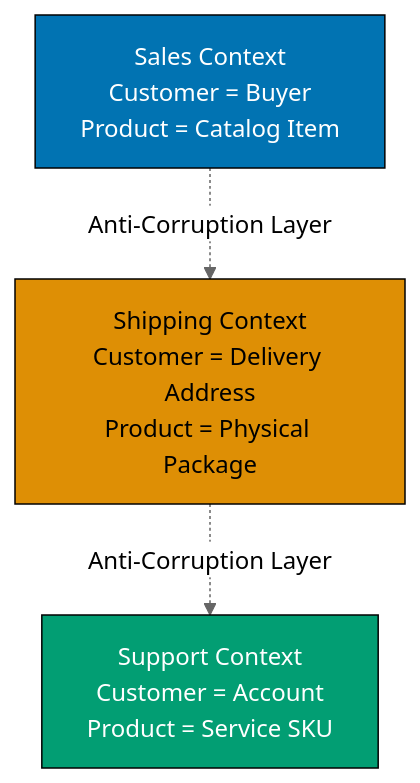
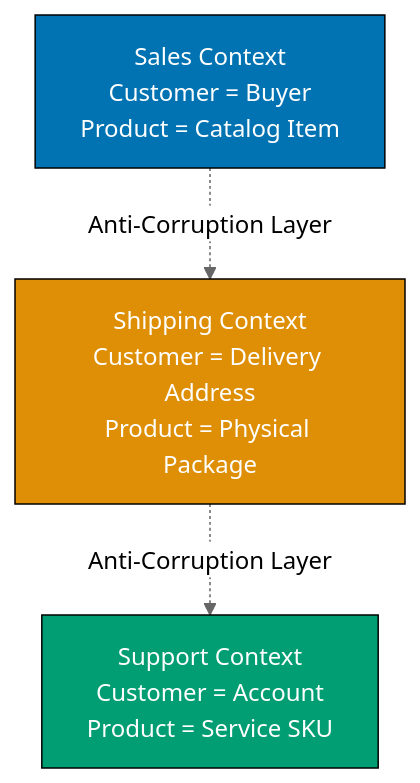
Before and after one commit to wahidyankf/open-sharia-enterprise: the diagram in apps/ayokoding-web/content/en/learn/software-engineering/architecture/domain-driven-design-ddd/by-example/intermediate.md, drawn with Mermaid (neutral theme). The commit also changed 61 other files, not shown here.

First line of the commit message:
fix(ayokoding-web): quote Mermaid node labels with special characters in Example 63

````diff
--- a/apps/ayokoding-web/content/en/learn/software-engineering/architecture/domain-driven-design-ddd/by-example/intermediate.md
+++ b/apps/ayokoding-web/content/en/learn/software-engineering/architecture/domain-driven-design-ddd/by-example/intermediate.md
@@ -28,13 +28,13 @@
 ```mermaid
 graph TD
     A["Sales Context<br/>Customer = Buyer<br/>Product = Catalog Item"]
     B["Shipping Context<br/>Customer = Delivery Address<br/>Product = Physical Package"]
     C["Support Context<br/>Customer = Account<br/>Product = Service SKU"]
 
     A -.->|Anti-Corruption Layer| B
     B -.->|Anti-Corruption Layer| C
 
     style A fill:#0173B2,stroke:#000,color:#fff
-    style B fill:#DE8F05,stroke:#000,color:#000
+    style B fill:#DE8F05,stroke:#000,color:#fff
     style C fill:#029E73,stroke:#000,color:#fff
 ```
````
